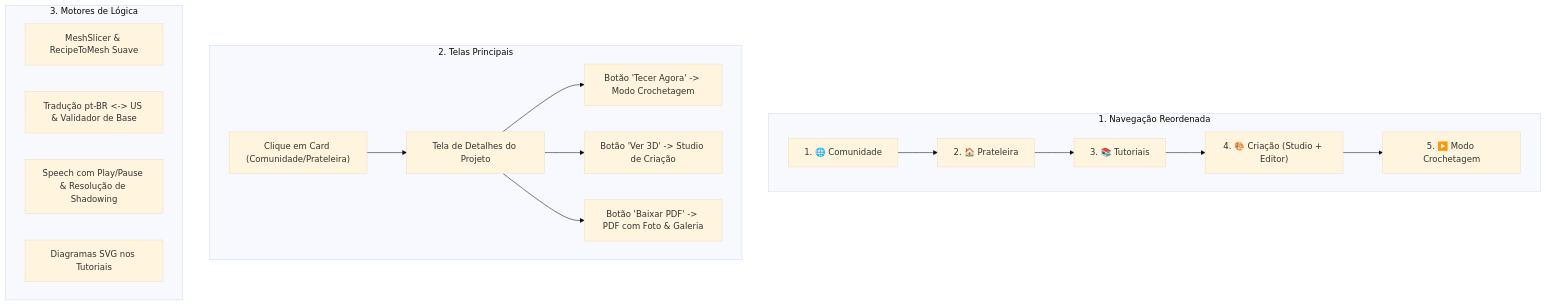
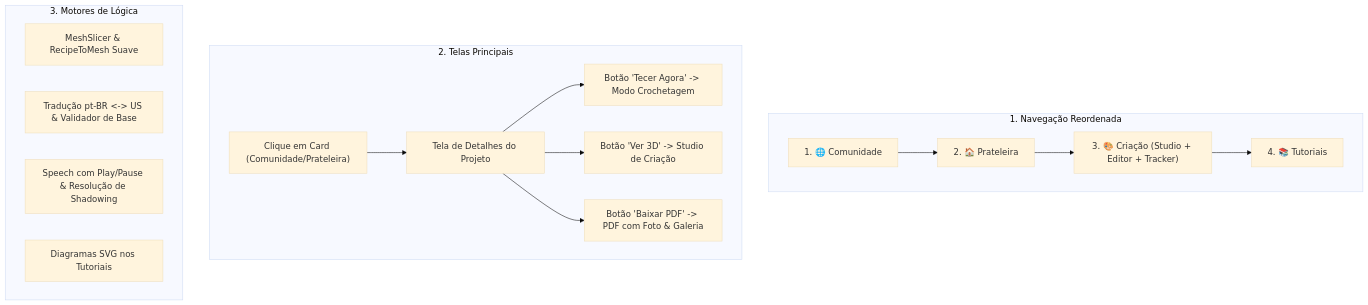
Before and after one commit to AyrtonLoks/crochet-3d: the diagram in plans/PLANO_DE_REFATORACAO_E_EXPANSAO.md, drawn with Mermaid (base theme). The commit also changed other lines of this file and 2 other files, not shown here.

Commit message:
docs: add technical specification and update navigation architecture documentation

````diff
--- a/plans/PLANO_DE_REFATORACAO_E_EXPANSAO.md
+++ b/plans/PLANO_DE_REFATORACAO_E_EXPANSAO.md
@@ -45,23 +45,22 @@
 ```mermaid
 flowchart TD
     subgraph NavFlow ["1. Navegação Reordenada"]
         T1["1. 🌐 Comunidade"] --> T2["2. 🏠 Prateleira"]
-        T2 --> T3["3. 📚 Tutoriais"]
-        T3 --> T4["4. 🎨 Criação (Studio + Editor)"]
-        T4 --> T5["5. ▶️ Modo Crochetagem"]
+        T2 --> T3["3. 🎨 Criação (Studio + Editor + Tracker)"]
+        T3 --> T4["4. 📚 Tutoriais"]
     end
 
     subgraph ViewsFlow ["2. Telas Principais"]
         CardClick["Clique em Card (Comunidade/Prateleira)"] --> ProjectDetail["Tela de Detalhes do Projeto"]
         ProjectDetail --> LaunchTracker["Botão 'Tecer Agora' -> Modo Crochetagem"]
         ProjectDetail --> LaunchStudio["Botão 'Ver 3D' -> Studio de Criação"]
         ProjectDetail --> LaunchPDF["Botão 'Baixar PDF' -> PDF com Foto & Galeria"]
     end
 
     subgraph CoreEngineFlow ["3. Motores de Lógica"]
         SlicerFix["MeshSlicer & RecipeToMesh Suave"]
         ParserFix["Tradução pt-BR <-> US & Validador de Base"]
         VoiceFix["Speech com Play/Pause & Resolução de Shadowing"]
         SvgFix["Diagramas SVG nos Tutoriais"]
     end
 ```
````
